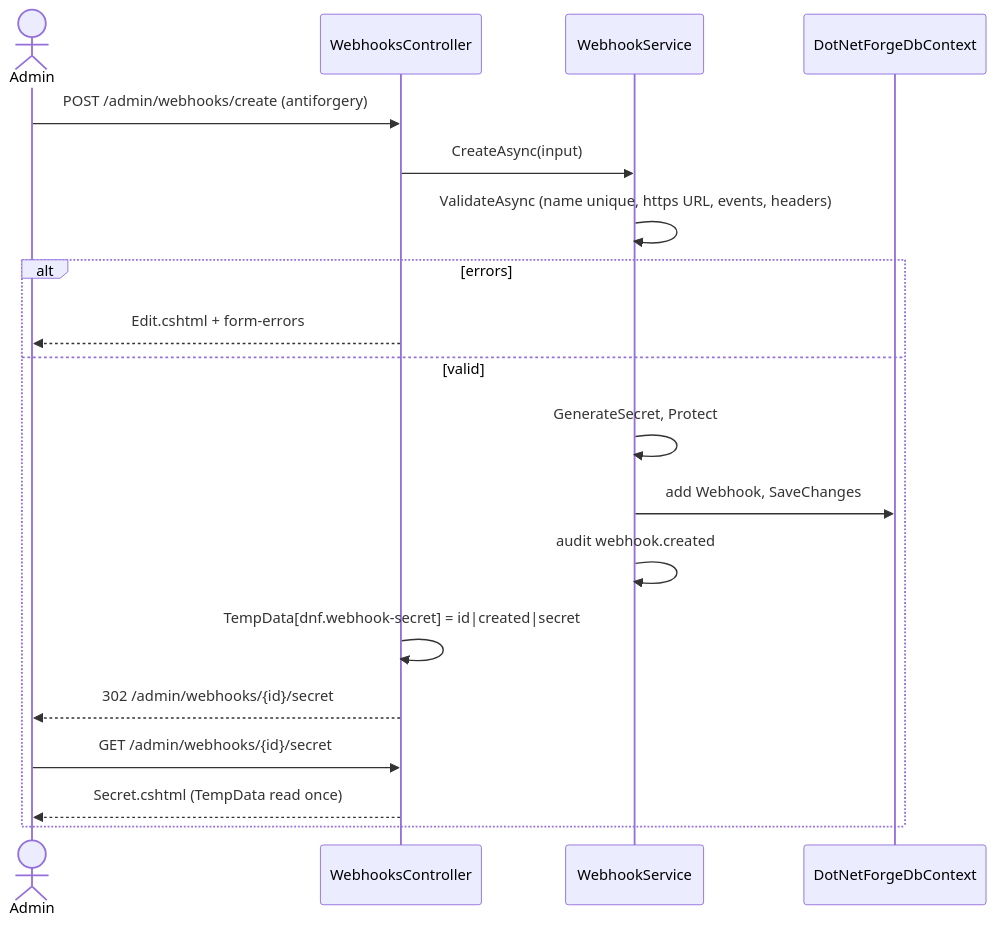
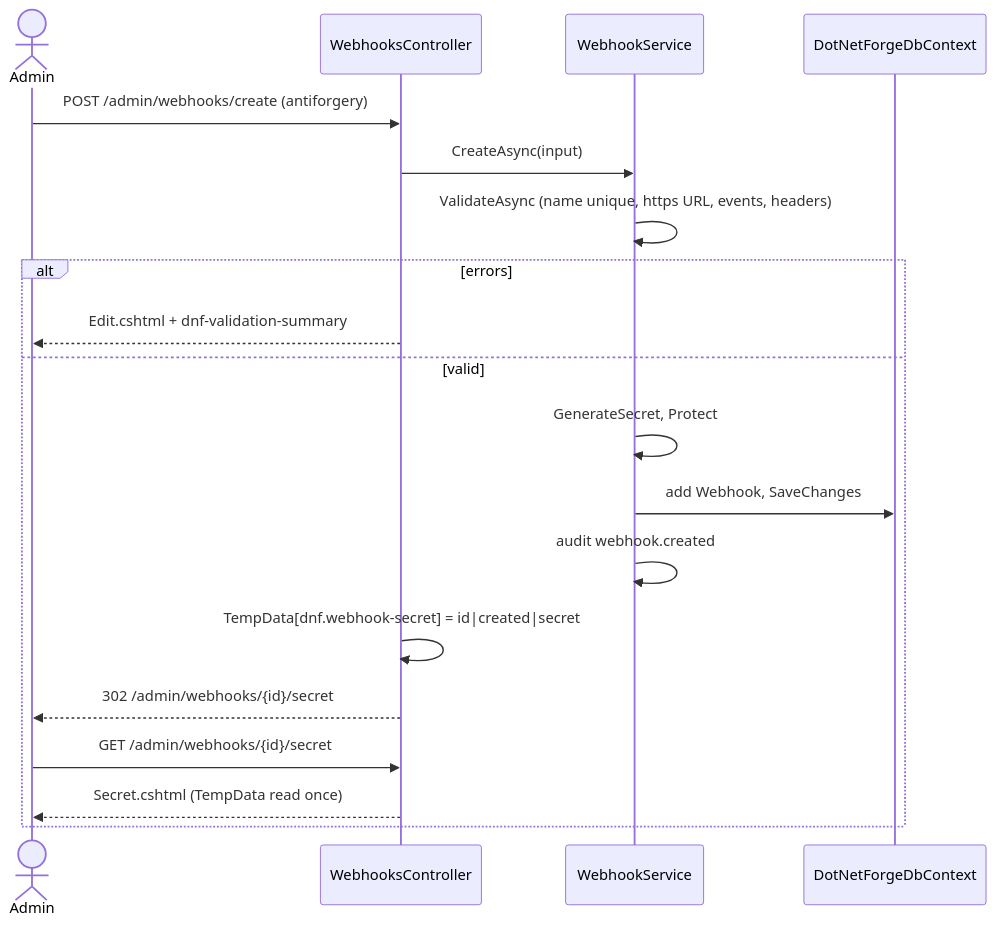
The first of 2 diagrams in .docs/pages/webhooks.md (Albadit/DotNetForge), drawn with Mermaid before and after one commit. The commit also changed other lines of this file and 412 other files, not shown here.

````diff
--- a/.docs/pages/webhooks.md
+++ b/.docs/pages/webhooks.md
@@ -122,21 +122,21 @@
 ```mermaid
 sequenceDiagram
     actor A as Admin
     participant C as WebhooksController
     participant S as WebhookService
     participant DB as DotNetForgeDbContext
     A->>C: POST /admin/webhooks/create (antiforgery)
     C->>S: CreateAsync(input)
     S->>S: ValidateAsync (name unique, https URL, events, headers)
     alt errors
-        C-->>A: Edit.cshtml + form-errors
+        C-->>A: Edit.cshtml + dnf-validation-summary
     else valid
         S->>S: GenerateSecret, Protect
         S->>DB: add Webhook, SaveChanges
         S->>S: audit webhook.created
         C->>C: TempData[dnf.webhook-secret] = id|created|secret
         C-->>A: 302 /admin/webhooks/{id}/secret
         A->>C: GET /admin/webhooks/{id}/secret
         C-->>A: Secret.cshtml (TempData read once)
     end
 ```
````
